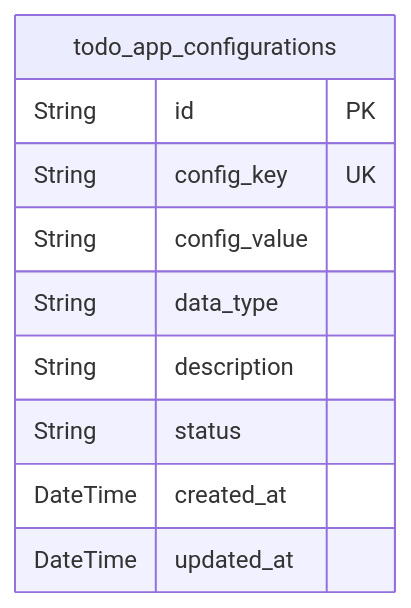
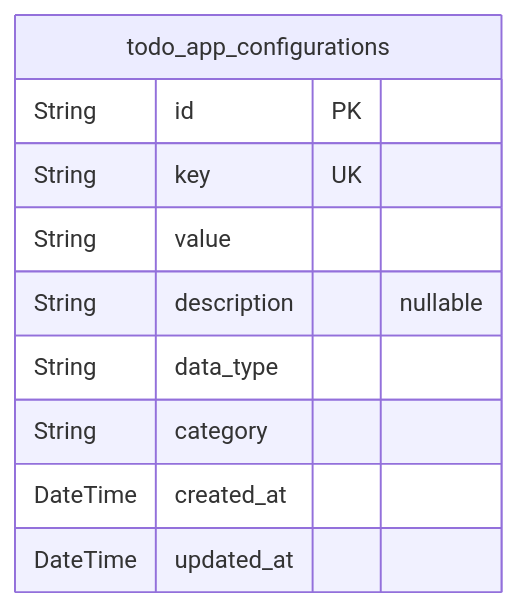
One commit to wrtnlabs/autobe-examples changed the first of 3 diagrams in deepseek/deepseek-v3.1-terminus-exacto/todo/docs/ERD.md. Above: the diagram before and after it, drawn with Mermaid. The commit also changed other lines of this file and 22498 other files, not shown here.

````diff
--- a/deepseek/deepseek-v3.1-terminus-exacto/todo/docs/ERD.md
+++ b/deepseek/deepseek-v3.1-terminus-exacto/todo/docs/ERD.md
@@ -11,13 +11,13 @@
 ```mermaid
 erDiagram
 "todo_app_configurations" {
   String id PK
-  String config_key UK
-  String config_value
+  String key UK
+  String value
+  String description "nullable"
   String data_type
-  String description
-  String status
+  String category
   DateTime created_at
   DateTime updated_at
 }
 ```
````
